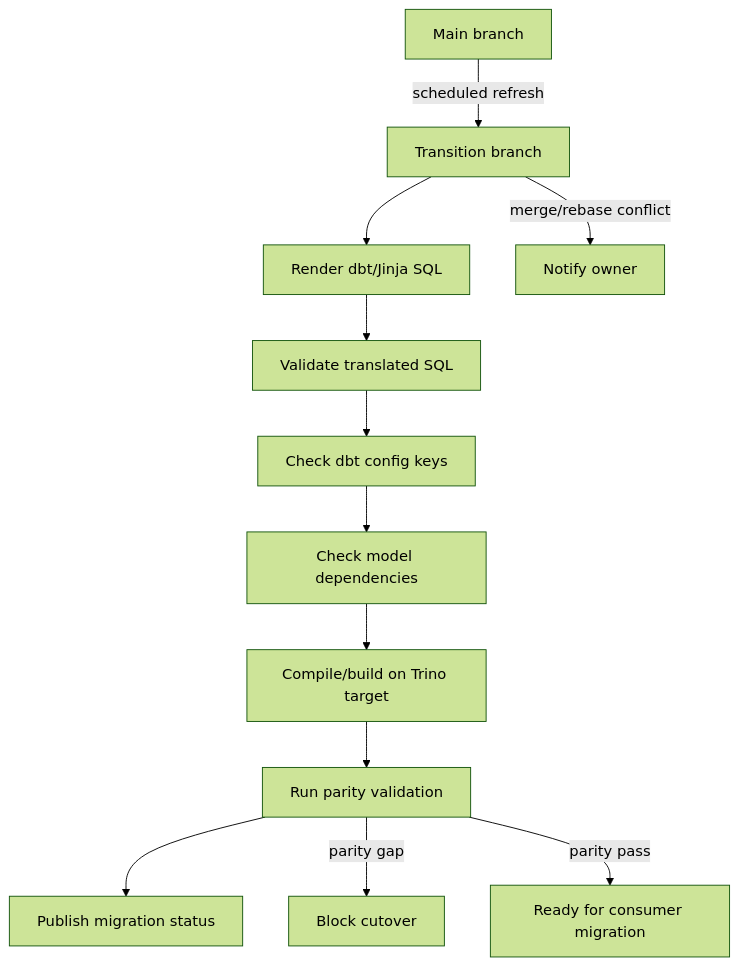
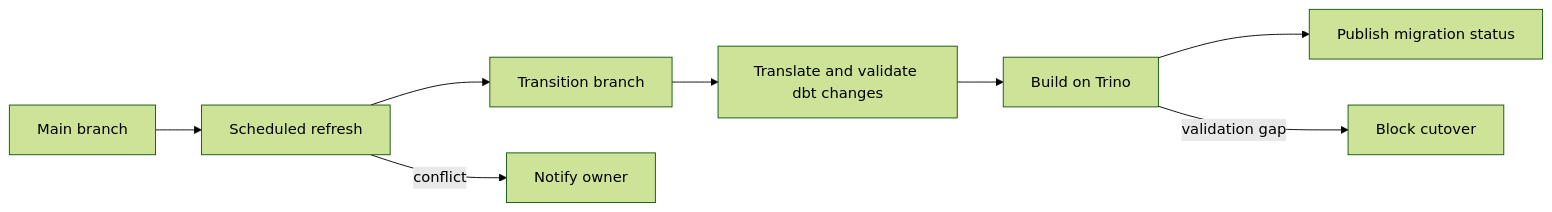
One commit to dymytryo/warehouse-to-lakehouse-migration changed the second of 2 diagrams in README.md. Above: the diagram before and after it, drawn with Mermaid (forest theme). The commit also changed other lines of this file, not shown here.

Commit message:
Simplify migration README

````diff
--- a/README.md
+++ b/README.md
@@ -221,15 +159,11 @@
 ```mermaid
-flowchart TB
-    A[Main branch] -->|scheduled refresh| B[Transition branch]
-    B --> C[Render dbt/Jinja SQL]
-    C --> D[Validate translated SQL]
-    D --> E[Check dbt config keys]
-    E --> F[Check model dependencies]
-    F --> G[Compile/build on Trino target]
-    G --> H[Run parity validation]
-    H --> I[Publish migration status]
+flowchart LR
+    A[Main branch] --> B[Scheduled refresh]
+    B --> C[Transition branch]
+    C --> D[Translate and validate dbt changes]
+    D --> E[Build on Trino]
+    E --> F[Publish migration status]
 
-    B -->|merge/rebase conflict| J[Notify owner]
-    H -->|parity gap| K[Block cutover]
-    H -->|parity pass| L[Ready for consumer migration]
+    B -->|conflict| G[Notify owner]
+    E -->|validation gap| H[Block cutover]
 ```
````
